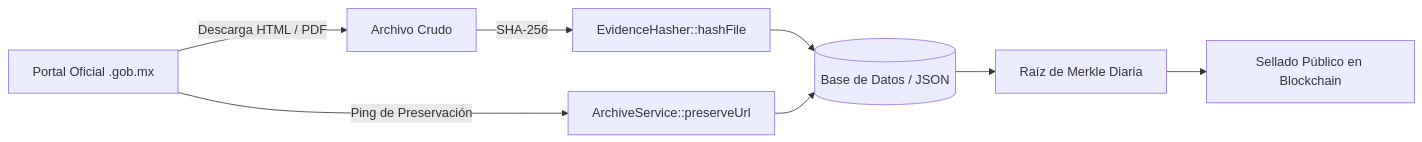
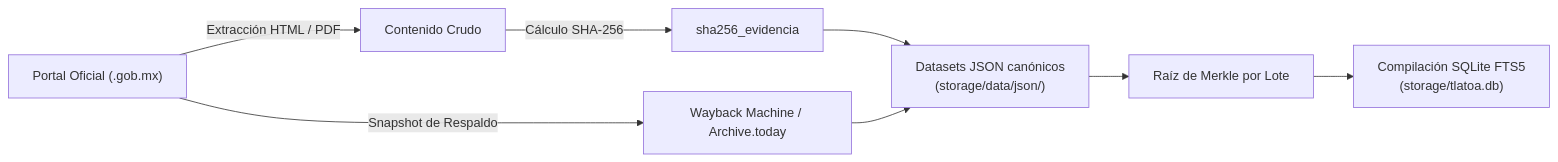
The diagram in docs/MANUAL_DE_DATOS_Y_EVIDENCIA.md (Kineyo/proyecto-tlatoa), drawn with Mermaid before and after one commit. The commit also changed other lines of this file and 62 other files, not shown here.

````diff
--- a/docs/MANUAL_DE_DATOS_Y_EVIDENCIA.md
+++ b/docs/MANUAL_DE_DATOS_Y_EVIDENCIA.md
@@ -19,9 +19,9 @@
 ```mermaid
 flowchart LR
-    A[Portal Oficial .gob.mx] -->|Descarga HTML / PDF| B[Archivo Crudo]
-    B -->|SHA-256| C[EvidenceHasher::hashFile]
-    A -->|Ping de Preservación| D[ArchiveService::preserveUrl]
-    C & D --> E[(Base de Datos / JSON)]
-    E --> F[Raíz de Merkle Diaria]
-    F --> G[Sellado Público en Blockchain]
+    A["Portal Oficial (.gob.mx)"] -->|Extracción HTML / PDF| B["Contenido Crudo"]
+    B -->|Cálculo SHA-256| C["sha256_evidencia"]
+    A -->|Snapshot de Respaldo| D["Wayback Machine / Archive.today"]
+    C & D --> E["Datasets JSON canónicos\n(storage/data/json/)"]
+    E --> F["Raíz de Merkle por Lote"]
+    F --> G["Compilación SQLite FTS5\n(storage/tlatoa.db)"]
 ```
````
